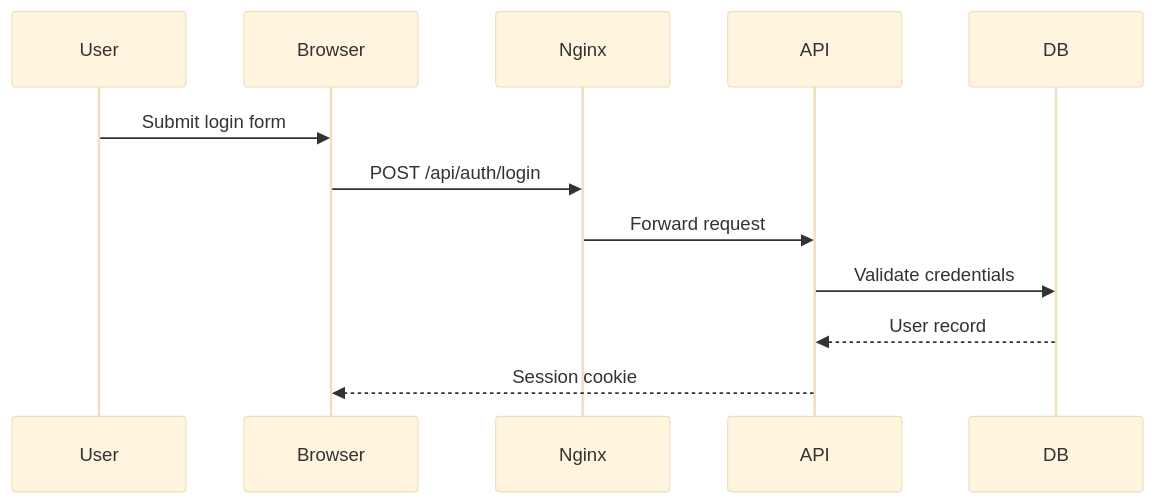
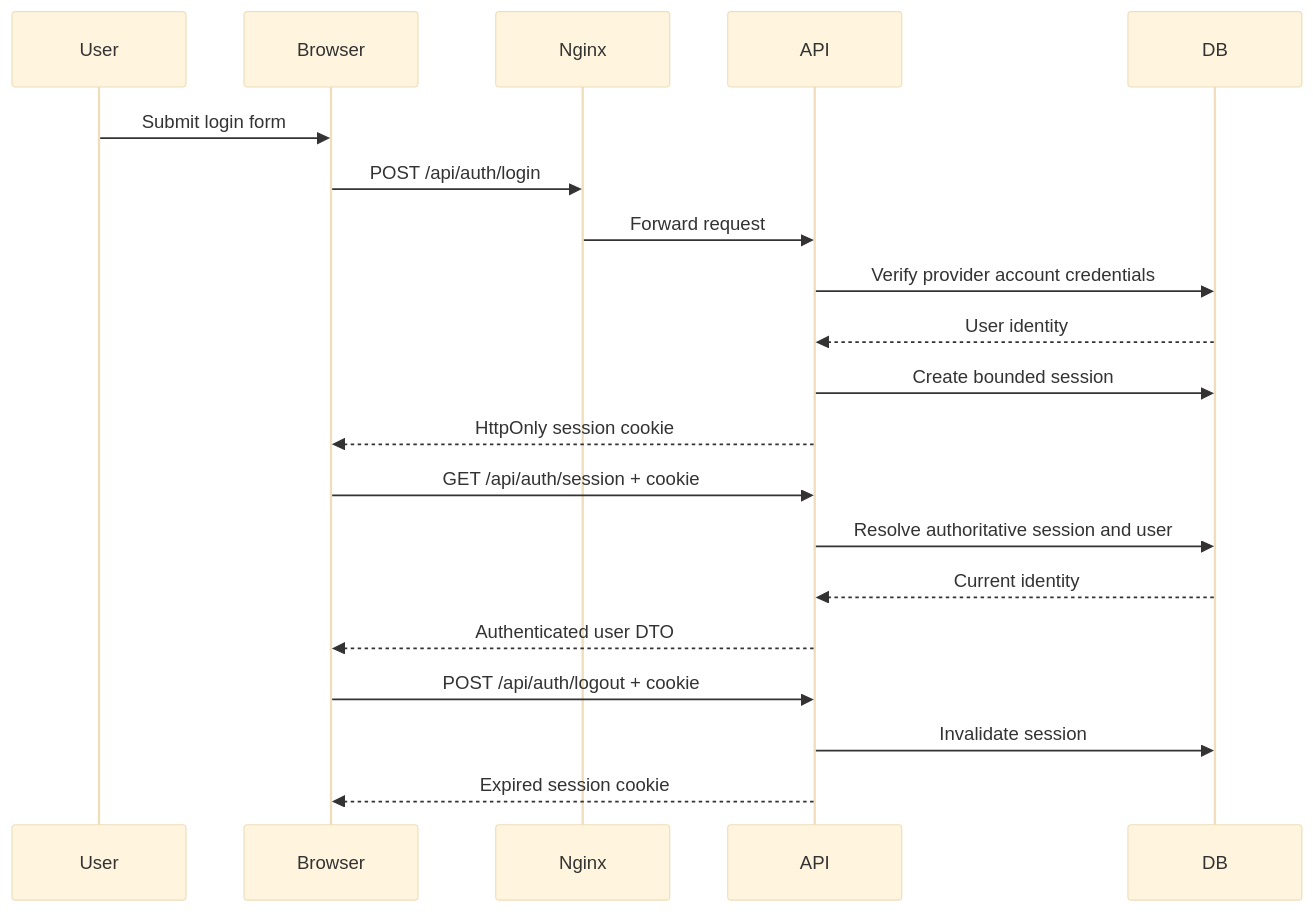
The third of 4 diagrams in docs/ARCHITECTURE.md (progentic/behr), drawn with Mermaid (base theme) before and after one commit. The commit also changed other lines of this file and 51 other files, not shown here.

First line of the commit message:
feat(auth): Establish identity sessions

````diff
--- a/docs/ARCHITECTURE.md
+++ b/docs/ARCHITECTURE.md
@@ -214,18 +235,27 @@
 ```mermaid
 sequenceDiagram
 
     participant User
     participant Browser
     participant Nginx
     participant API
     participant DB
 
     User->>Browser: Submit login form
     Browser->>Nginx: POST /api/auth/login
     Nginx->>API: Forward request
 
-    API->>DB: Validate credentials
-    DB-->>API: User record
+    API->>DB: Verify provider account credentials
+    DB-->>API: User identity
+    API->>DB: Create bounded session
+    API-->>Browser: HttpOnly session cookie
 
-    API-->>Browser: Session cookie
+    Browser->>API: GET /api/auth/session + cookie
+    API->>DB: Resolve authoritative session and user
+    DB-->>API: Current identity
+    API-->>Browser: Authenticated user DTO
+
+    Browser->>API: POST /api/auth/logout + cookie
+    API->>DB: Invalidate session
+    API-->>Browser: Expired session cookie
 ```
````
